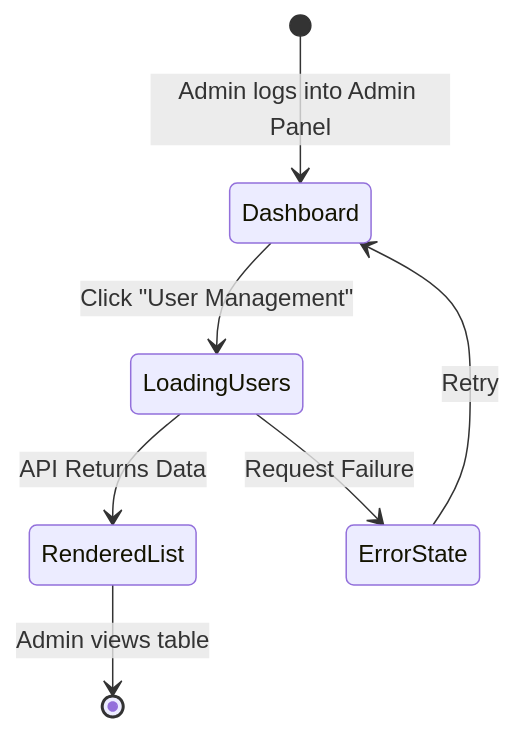
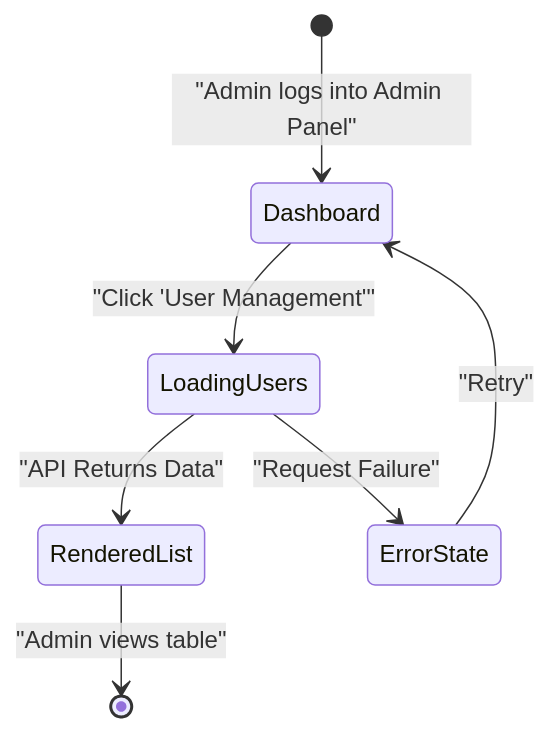
Before and after one commit to dat-21/SWD392: diagram 21 of 44 in UC_Backend_Design_Details.md, drawn with Mermaid. The commit also changed other lines of this file and 2 other files, not shown here.

Commit message:
style: Standardize Mermaid state diagram transition label formatting by adding quotes and a space before the colon.

````diff
--- a/UC_Backend_Design_Details.md
+++ b/UC_Backend_Design_Details.md
@@ -482,9 +482,9 @@
 ```mermaid
 stateDiagram-v2
-    [*] --> Dashboard: Admin logs into Admin Panel
-    Dashboard --> LoadingUsers: Click "User Management"
-    LoadingUsers --> RenderedList: API Returns Data
-    LoadingUsers --> ErrorState: Request Failure
-    ErrorState --> Dashboard: Retry
-    RenderedList --> [*]: Admin views table
+    [*] --> Dashboard : "Admin logs into Admin Panel"
+    Dashboard --> LoadingUsers : "Click 'User Management'"
+    LoadingUsers --> RenderedList : "API Returns Data"
+    LoadingUsers --> ErrorState : "Request Failure"
+    ErrorState --> Dashboard : "Retry"
+    RenderedList --> [*] : "Admin views table"
 ```
````
